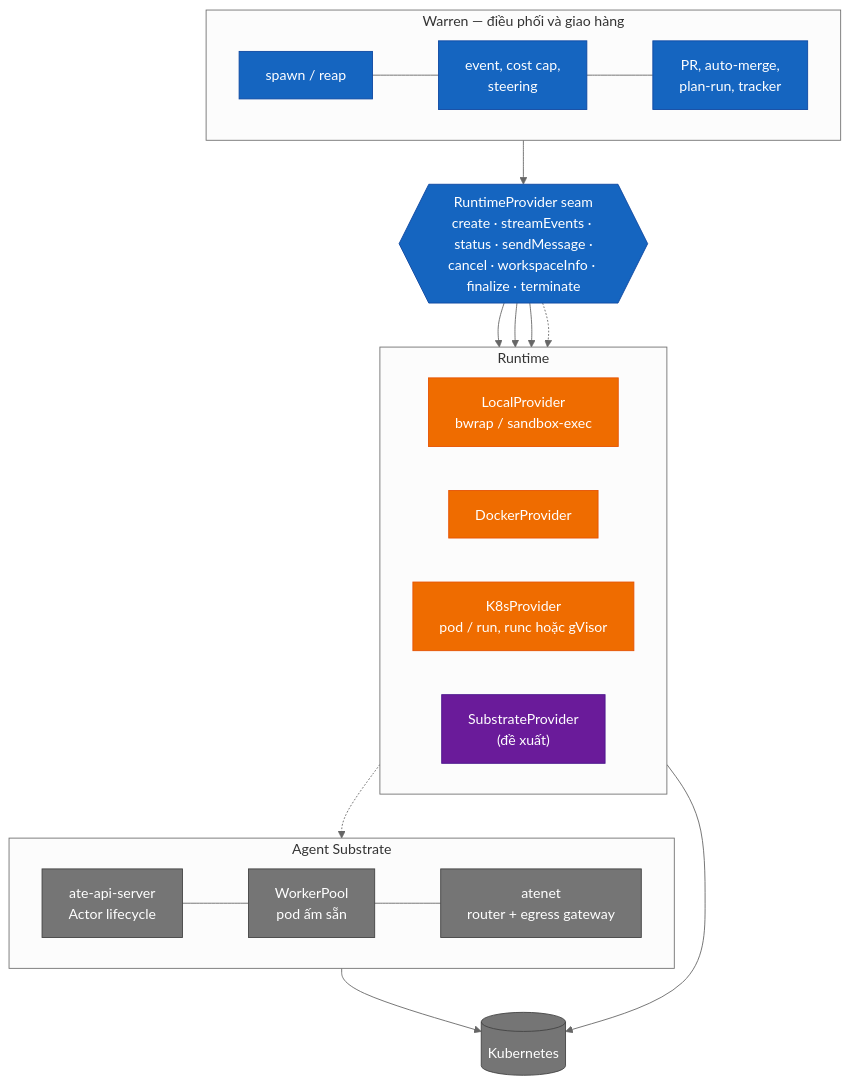
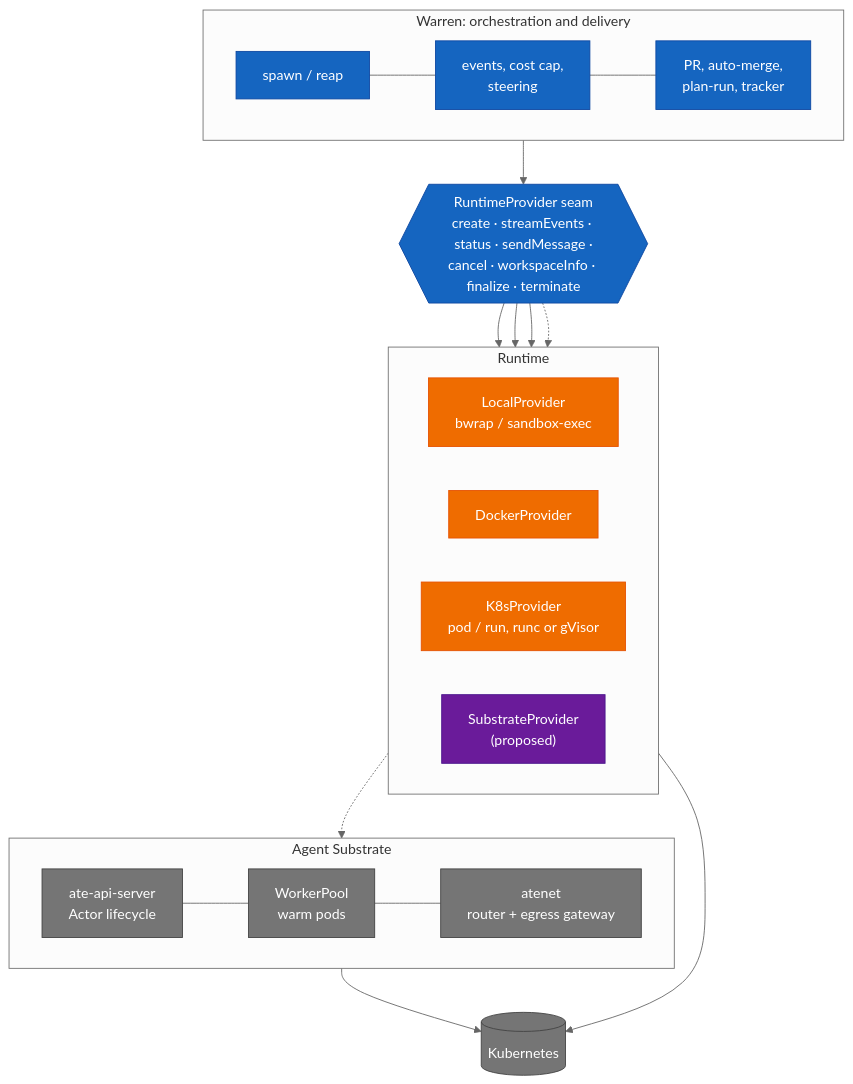
One commit to namphuongtran/warren changed the first of 2 diagrams in docs/design/substrate-integration.md. Above: the diagram before and after it, drawn with Mermaid (neutral theme). The commit also changed other lines of this file and 4 other files, not shown here.

````diff
--- a/docs/design/substrate-integration.md
+++ b/docs/design/substrate-integration.md
@@ -48,42 +48,42 @@
 ```mermaid
 flowchart TB
-    subgraph W["Warren — điều phối và giao hàng"]
+    subgraph W["Warren: orchestration and delivery"]
         direction LR
-        w1["spawn / reap"] --- w2["event, cost cap,<br/>steering"] --- w3["PR, auto-merge,<br/>plan-run, tracker"]
+        w1["spawn / reap"] --- w2["events, cost cap,<br/>steering"] --- w3["PR, auto-merge,<br/>plan-run, tracker"]
     end
 
     seam{{"RuntimeProvider seam<br/>create · streamEvents · status · sendMessage ·<br/>cancel · workspaceInfo · finalize · terminate"}}
 
     subgraph R["Runtime"]
         direction LR
         local["LocalProvider<br/>bwrap / sandbox-exec"]
         docker["DockerProvider"]
-        k8s["K8sProvider<br/>pod / run, runc hoặc gVisor"]
-        sub["SubstrateProvider<br/>(đề xuất)"]
+        k8s["K8sProvider<br/>pod / run, runc or gVisor"]
+        sub["SubstrateProvider<br/>(proposed)"]
     end
 
     subgraph S["Agent Substrate"]
         direction LR
-        api["ate-api-server<br/>Actor lifecycle"] --- pool["WorkerPool<br/>pod ấm sẵn"] --- net["atenet<br/>router + egress gateway"]
+        api["ate-api-server<br/>Actor lifecycle"] --- pool["WorkerPool<br/>warm pods"] --- net["atenet<br/>router + egress gateway"]
     end
 
     kube[("Kubernetes")]
 
     W --> seam
     seam --> local
     seam --> docker
     seam --> k8s
     seam -.-> sub
     sub -.-> S
     k8s --> kube
     S --> kube
 
     classDef warren fill:#1565c0,stroke:#0d47a1,color:#fff
     classDef rt fill:#ef6c00,stroke:#e65100,color:#fff
     classDef new fill:#6a1b9a,stroke:#4a148c,color:#fff
     classDef ext fill:#757575,stroke:#424242,color:#fff
     class w1,w2,w3,seam warren
     class local,docker,k8s rt
     class sub new
     class api,pool,net,kube ext
 ```
````
